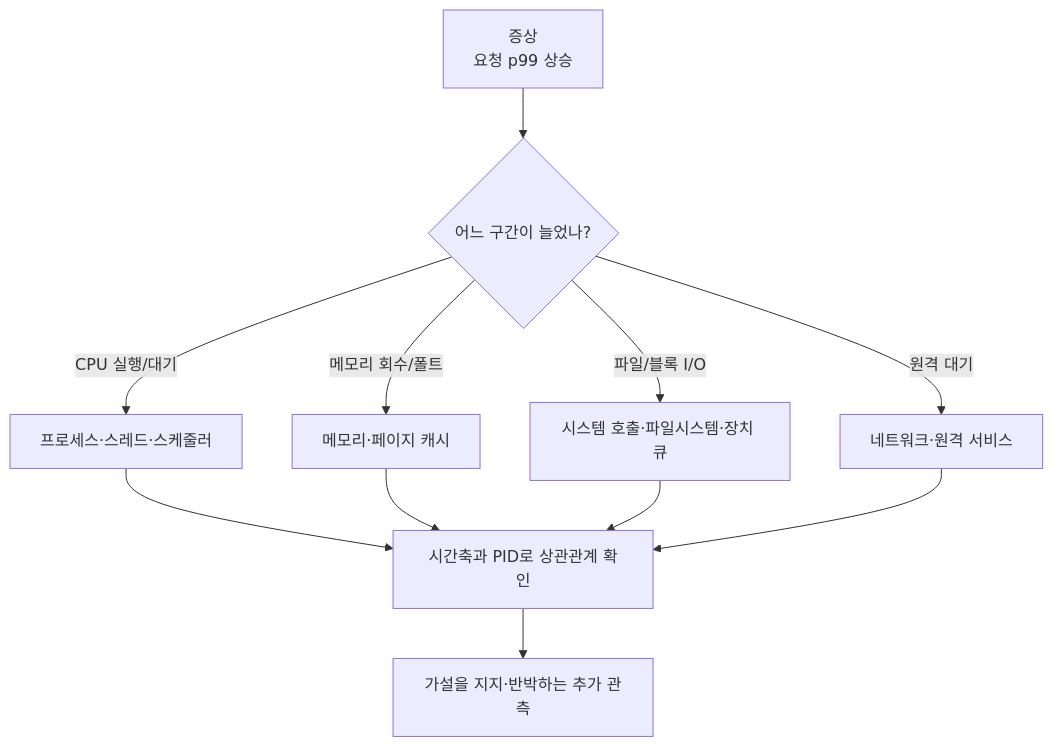
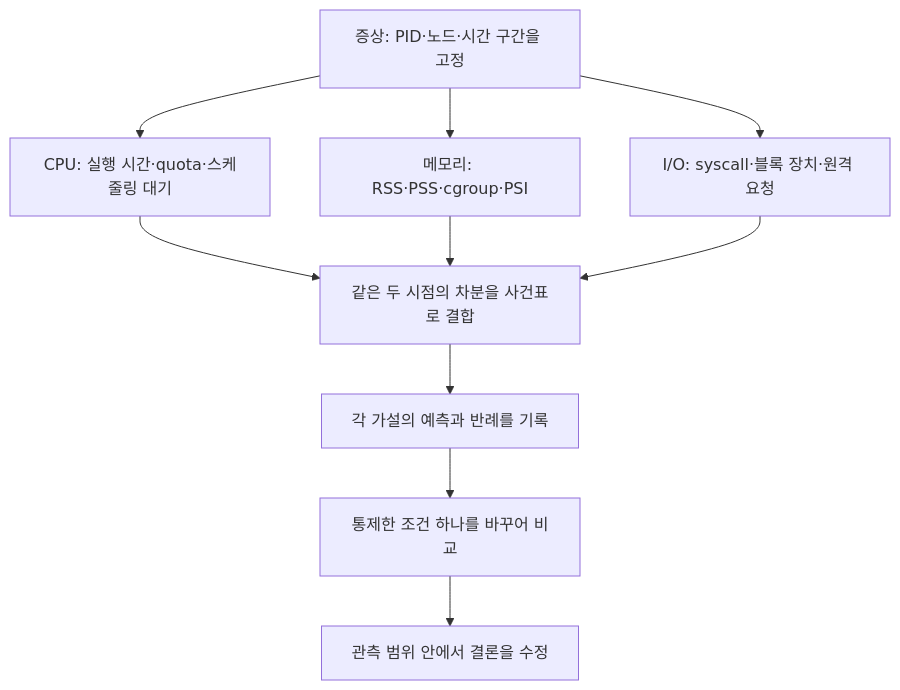
The diagram in kubernetes/storage/data-systems-foundations/00c-linux-observation-and-troubleshooting.md (mj006648/netai-devsecops-runbook), drawn with Mermaid before and after one commit. The commit also changed other lines of this file and 68 other files, not shown here.

````diff
--- a/kubernetes/storage/data-systems-foundations/00c-linux-observation-and-troubleshooting.md
+++ b/kubernetes/storage/data-systems-foundations/00c-linux-observation-and-troubleshooting.md
@@ -17,13 +243,12 @@
 ```mermaid
 flowchart TD
-    S[증상<br/>요청 p99 상승] --> Q{어느 구간이 늘었나?}
-    Q -->|CPU 실행/대기| C[프로세스·스레드·스케줄러]
-    Q -->|메모리 회수/폴트| M[메모리·페이지 캐시]
-    Q -->|파일/블록 I/O| I[시스템 호출·파일시스템·장치 큐]
-    Q -->|원격 대기| N[네트워크·원격 서비스]
-    C --> X[시간축과 PID로 상관관계 확인]
-    M --> X
-    I --> X
-    N --> X
-    X --> V[가설을 지지·반박하는 추가 관측]
+    S["증상: PID·노드·시간 구간을 고정"] --> C["CPU: 실행 시간·quota·스케줄링 대기"]
+    S --> M["메모리: RSS·PSS·cgroup·PSI"]
+    S --> I["I/O: syscall·블록 장치·원격 요청"]
+    C --> T["같은 두 시점의 차분을 사건표로 결합"]
+    M --> T
+    I --> T
+    T --> H["각 가설의 예측과 반례를 기록"]
+    H --> E["통제한 조건 하나를 바꾸어 비교"]
+    E --> R["관측 범위 안에서 결론을 수정"]
 ```
````
